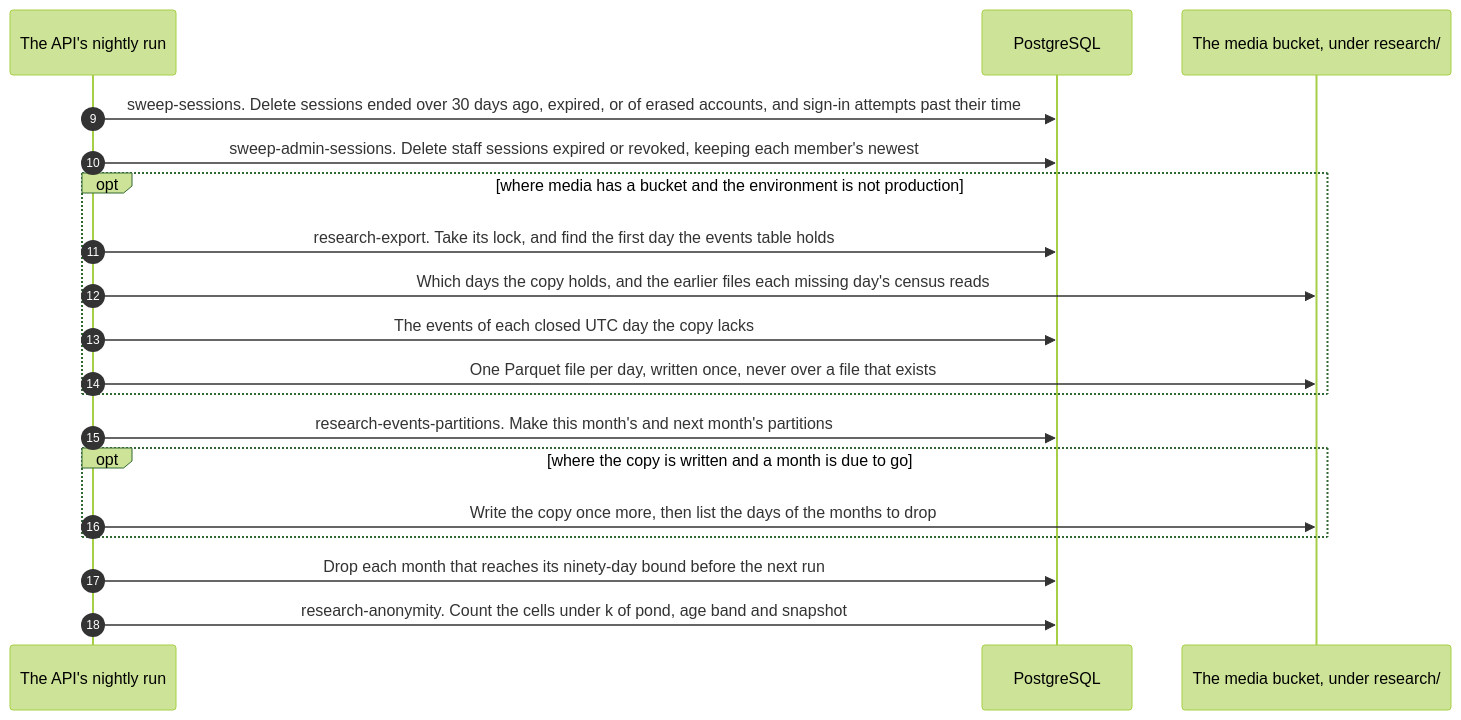
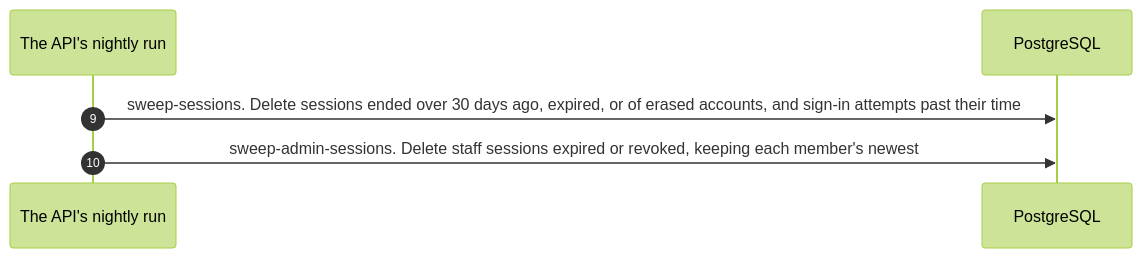
Before and after one commit to kuutti-ry/kumpa-app: the second of 4 diagrams in docs/architecture/sequence-night.md, drawn with Mermaid (forest theme). The commit also changed other lines of this file and 280 other files, not shown here.

First line of the commit message:
Take research out: the consent, the events, the copy, the role (#710)

````diff
--- a/docs/architecture/sequence-night.md
+++ b/docs/architecture/sequence-night.md
@@ -74,23 +71,10 @@
 ```mermaid
 sequenceDiagram
-  accTitle: The night's jobs, part 2: sessions and research
-  accDescr: The first two jobs delete ended sessions and expired sign-in attempts. Where the research copy is written, the export writes each closed day missing from it as one Parquet file. The partitions job makes the coming month's partition and drops each month past ninety days, checking the copy first where there is one. The anonymity census warns of cells under k.
+  accTitle: The night's jobs, part 2: sessions
+  accDescr: The first two jobs delete ended sessions and expired sign-in attempts, and staff sessions expired or revoked.
   autonumber 9
   participant api as The API's nightly run
   participant db as PostgreSQL
-  participant bucket as The media bucket, under research/
   api->>db: sweep-sessions. Delete sessions ended over 30 days ago, expired, or of erased accounts, and sign-in attempts past their time
   api->>db: sweep-admin-sessions. Delete staff sessions expired or revoked, keeping each member's newest
-  opt where media has a bucket and the environment is not production
-    api->>db: research-export. Take its lock, and find the first day the events table holds
-    api->>bucket: Which days the copy holds, and the earlier files each missing day's census reads
-    api->>db: The events of each closed UTC day the copy lacks
-    api->>bucket: One Parquet file per day, written once, never over a file that exists
-  end
-  api->>db: research-events-partitions. Make this month's and next month's partitions
-  opt where the copy is written and a month is due to go
-    api->>bucket: Write the copy once more, then list the days of the months to drop
-  end
-  api->>db: Drop each month that reaches its ninety-day bound before the next run
-  api->>db: research-anonymity. Count the cells under k of pond, age band and snapshot
 ```
````
